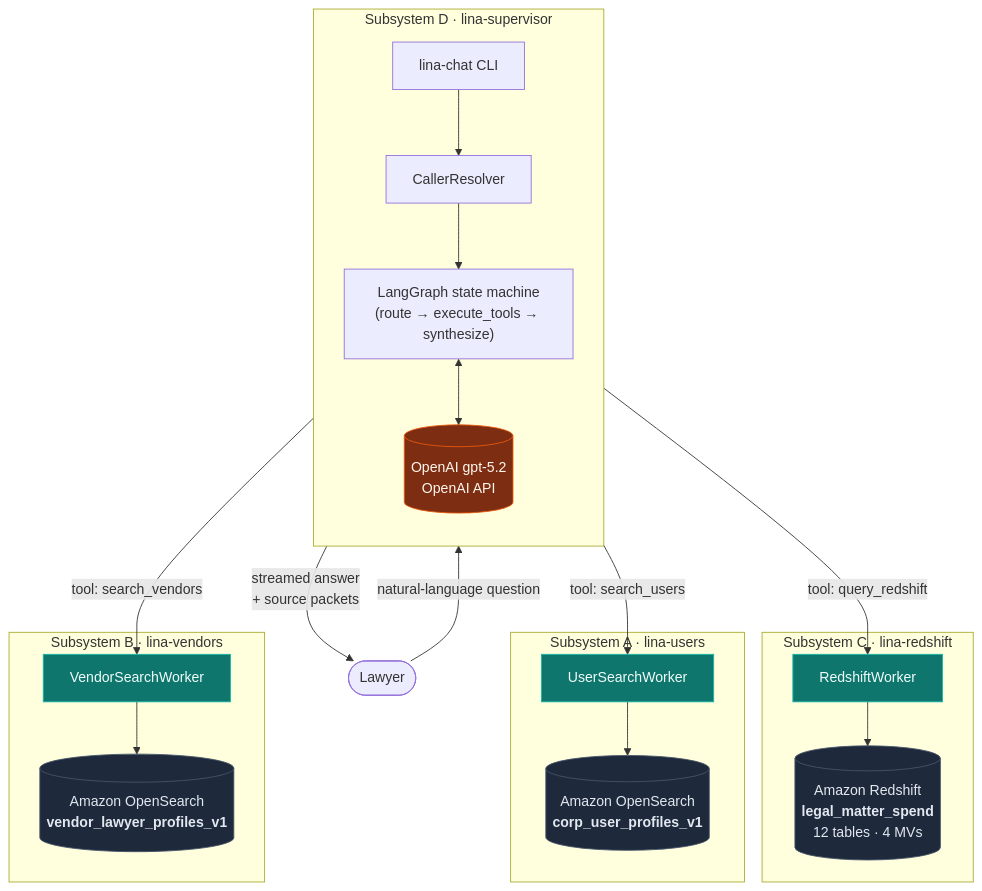
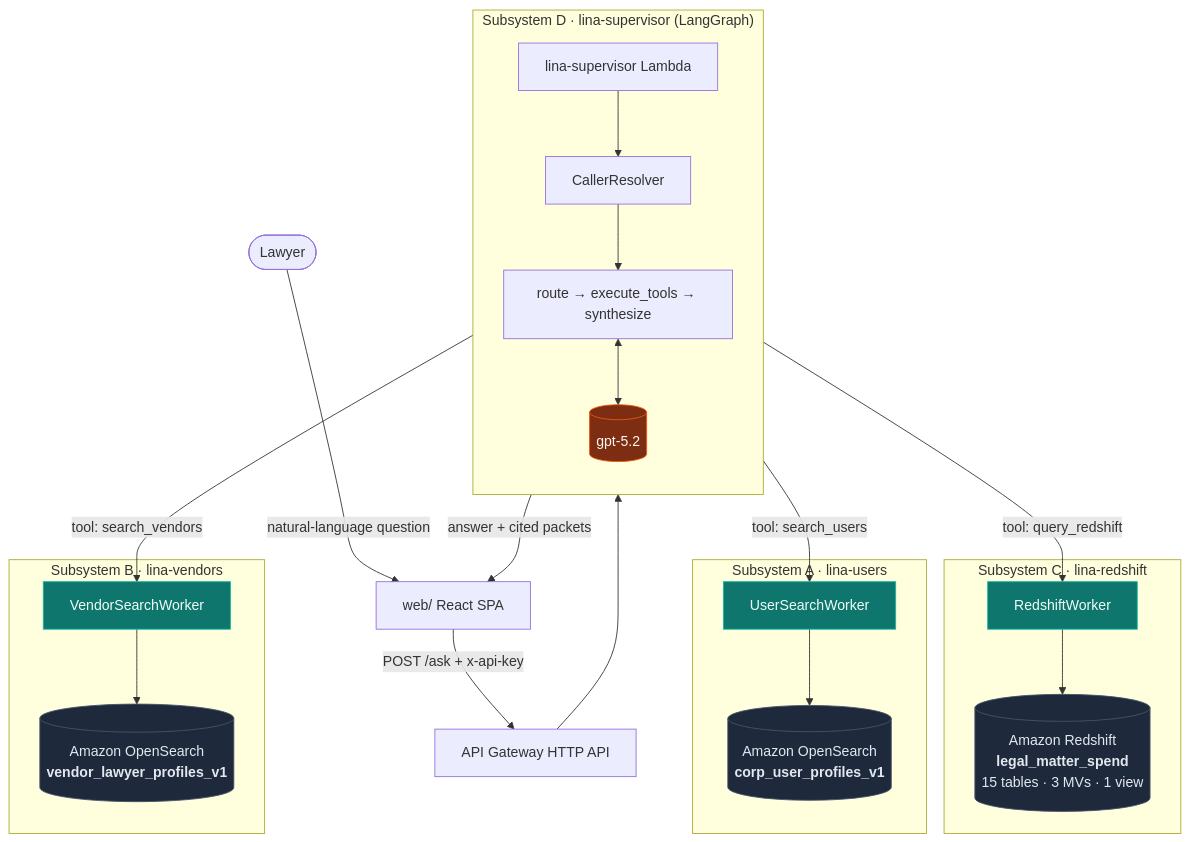
The diagram in README.md (koosha/lina), drawn with Mermaid before and after one commit. The commit also changed other lines of this file and 33 other files, not shown here.

````diff
--- a/README.md
+++ b/README.md
@@ -11,37 +17,39 @@
 ```mermaid
 graph TB
     User([Lawyer])
-    User -->|"natural-language question"| Chat[lina-chat CLI]
+    User -->|"natural-language question"| UI["web/ React SPA"]
+    UI -->|"POST /ask + x-api-key"| APIGW[API Gateway HTTP API]
+    APIGW --> Lambda["lina-supervisor Lambda"]
 
-    subgraph D["Subsystem D · lina-supervisor"]
+    subgraph D["Subsystem D · lina-supervisor (LangGraph)"]
         direction TB
-        Chat --> Resolver[CallerResolver]
-        Resolver --> Graph["LangGraph state machine<br/>(route → execute_tools → synthesize)"]
-        Graph <--> LLM[(OpenAI gpt-5.2<br/>OpenAI API)]
+        Lambda --> Resolver[CallerResolver]
+        Resolver --> Graph["route → execute_tools → synthesize"]
+        Graph <--> LLM[(gpt-5.2)]
     end
 
     Graph -->|tool: query_redshift| RedshiftWorker
     Graph -->|tool: search_users| UserSearchWorker
     Graph -->|tool: search_vendors| VendorSearchWorker
 
     subgraph C["Subsystem C · lina-redshift"]
-        RedshiftWorker --> RS[("Amazon Redshift<br/><b>legal_matter_spend</b><br/>12 tables · 4 MVs")]
+        RedshiftWorker --> RS[("Amazon Redshift<br/><b>legal_matter_spend</b><br/>15 tables · 3 MVs · 1 view")]
     end
 
     subgraph A["Subsystem A · lina-users"]
         UserSearchWorker --> OS1[("Amazon OpenSearch<br/><b>corp_user_profiles_v1</b>")]
     end
 
     subgraph B["Subsystem B · lina-vendors"]
         VendorSearchWorker --> OS2[("Amazon OpenSearch<br/><b>vendor_lawyer_profiles_v1</b>")]
     end
 
-    Graph -->|"streamed answer<br/>+ source packets"| User
+    Graph -->|"answer + cited packets"| UI
 
     classDef backend fill:#1e293b,stroke:#475569,color:#e2e8f0
     classDef worker fill:#0f766e,stroke:#14b8a6,color:#f0fdfa
     classDef llm fill:#7c2d12,stroke:#ea580c,color:#fff7ed
     class RS,OS1,OS2 backend
     class RedshiftWorker,UserSearchWorker,VendorSearchWorker worker
     class LLM llm
 ```
````
